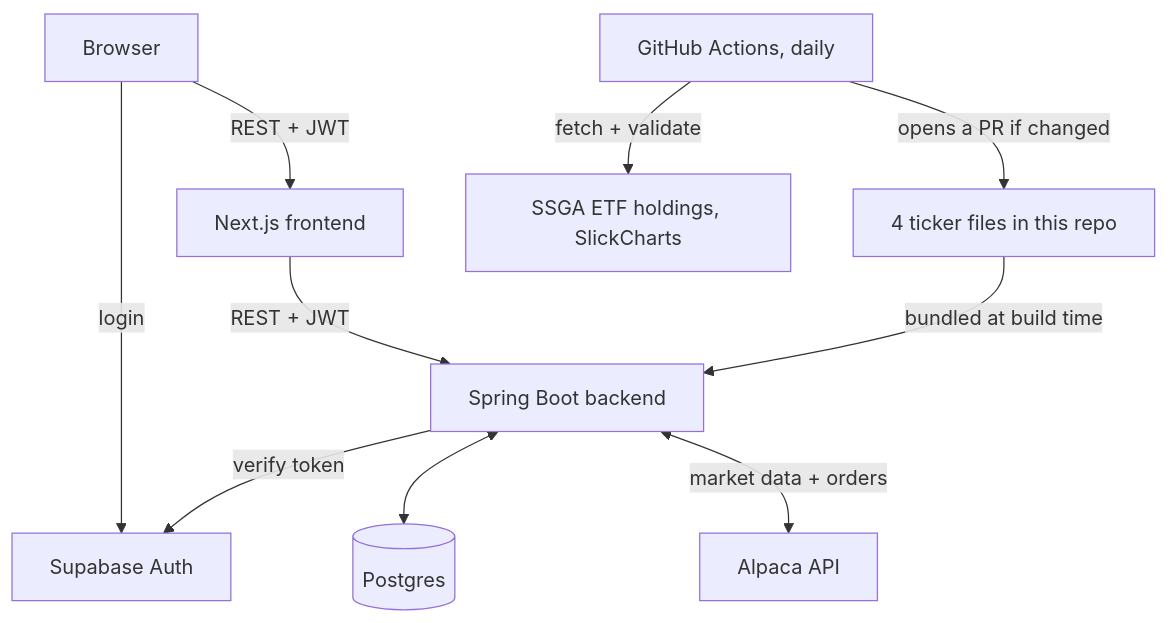
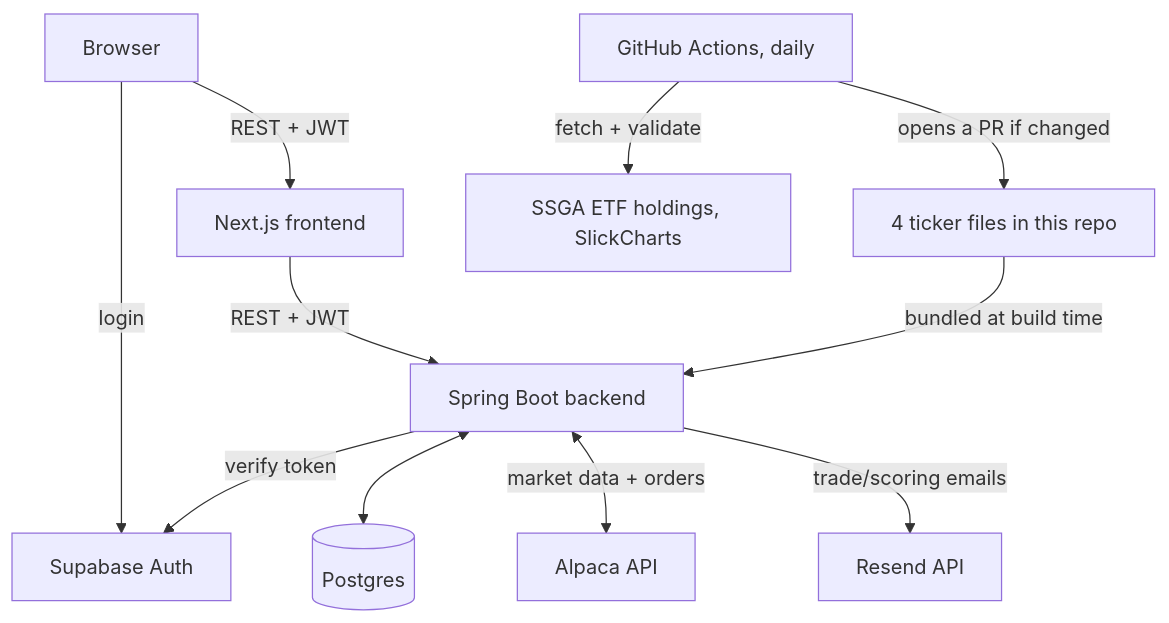
The first of 5 diagrams in ARCHITECTURE.md (shivam-tamboli/momentum-trading-system), drawn with Mermaid before and after one commit. The commit also changed other lines of this file and 4 other files, not shown here.

````diff
--- a/ARCHITECTURE.md
+++ b/ARCHITECTURE.md
@@ -7,13 +7,14 @@
 ```mermaid
 flowchart TB
     User[Browser] -->|login| Supabase[Supabase Auth]
     User -->|REST + JWT| FE[Next.js frontend]
     FE -->|REST + JWT| BE[Spring Boot backend]
     BE -->|verify token| Supabase
     BE <--> DB[(Postgres)]
     BE <-->|market data + orders| Alpaca[Alpaca API]
+    BE -->|trade/scoring emails| Email[Resend API]
 
     GHA[GitHub Actions, daily] -->|fetch + validate| Sources[SSGA ETF holdings, SlickCharts]
     GHA -->|opens a PR if changed| Repo[4 ticker files in this repo]
     Repo -->|bundled at build time| BE
 ```
````
